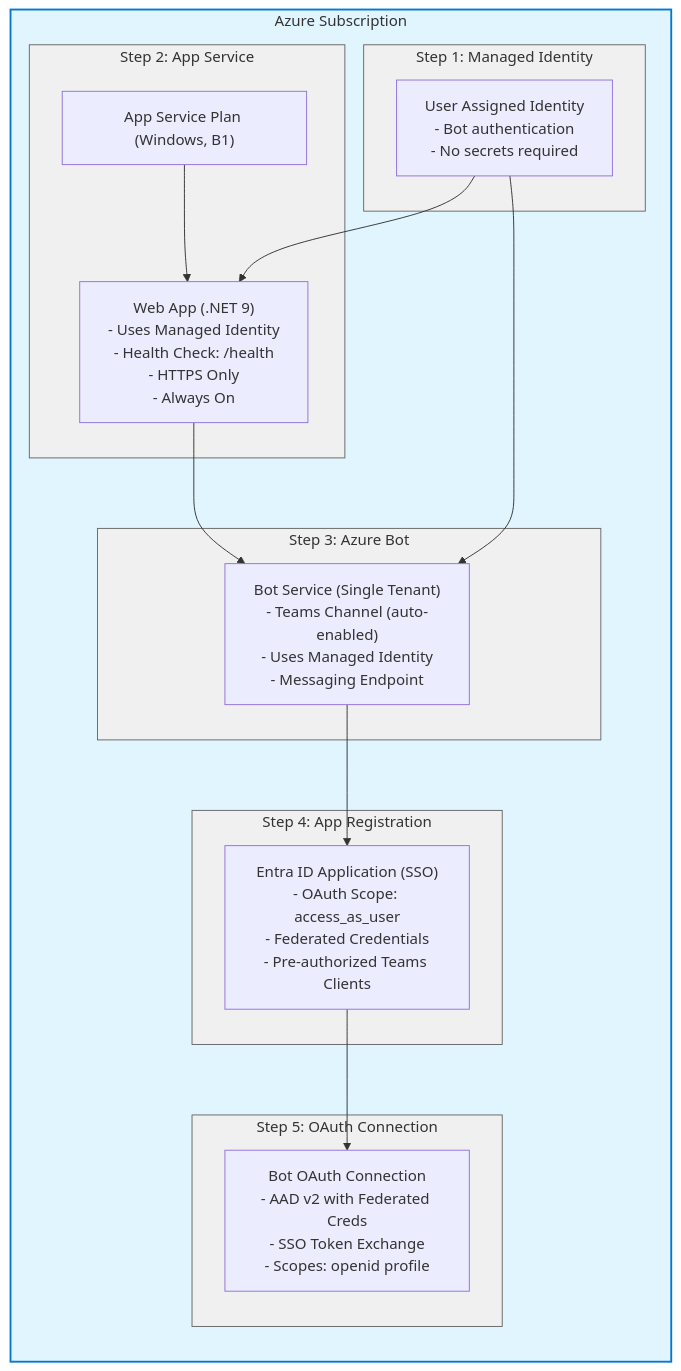
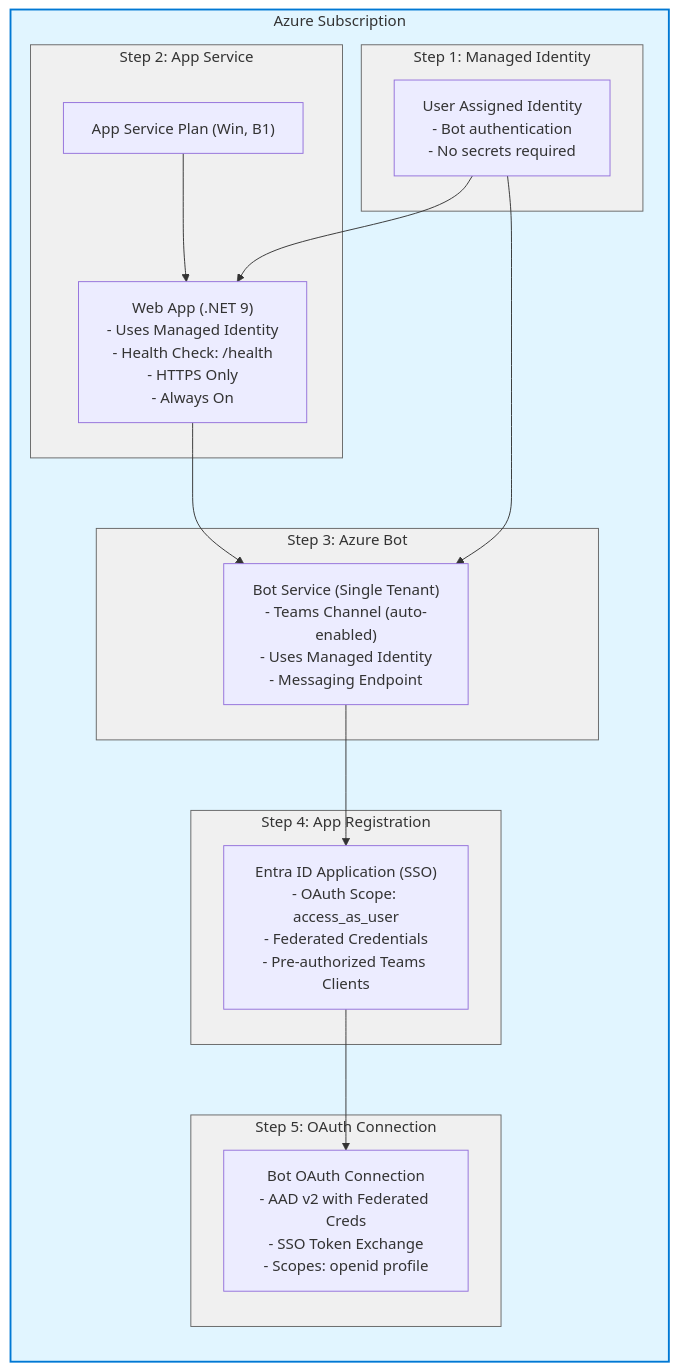
The diagram in M365Agent/AZURE_DEPLOYMENT.md (ericsche/ProxyAgent-CSharp), drawn with Mermaid before and after one commit.

````diff
--- a/M365Agent/AZURE_DEPLOYMENT.md
+++ b/M365Agent/AZURE_DEPLOYMENT.md
@@ -59,41 +59,41 @@
 ```mermaid
 graph TB
     subgraph Azure["Azure Subscription"]
         direction TB
         
         subgraph Step1["Step 1: Managed Identity"]
             Identity["User Assigned Identity<br/>- Bot authentication<br/>- No secrets required"]
         end
         
         subgraph Step2["Step 2: App Service"]
-            AppServicePlan["App Service Plan (Windows, B1)"]
+            AppServicePlan["App Service Plan (Win, B1)"]
             WebApp["Web App (.NET 9)<br/>- Uses Managed Identity<br/>- Health Check: /health<br/>- HTTPS Only<br/>- Always On"]
             AppServicePlan --> WebApp
         end
         
         subgraph Step3["Step 3: Azure Bot"]
             BotService["Bot Service (Single Tenant)<br/>- Teams Channel (auto-enabled)<br/>- Uses Managed Identity<br/>- Messaging Endpoint"]
         end
         
         subgraph Step4["Step 4: App Registration"]
             SSOApp["Entra ID Application (SSO)<br/>- OAuth Scope: access_as_user<br/>- Federated Credentials<br/>- Pre-authorized Teams Clients"]
         end
         
         subgraph Step5["Step 5: OAuth Connection"]
             OAuth["Bot OAuth Connection<br/>- AAD v2 with Federated Creds<br/>- SSO Token Exchange<br/>- Scopes: openid profile"]
         end
         
         Identity --> WebApp
         Identity --> BotService
         WebApp --> BotService
         BotService --> SSOApp
         SSOApp --> OAuth
     end
     
     style Azure fill:#e1f5ff,stroke:#0078d4,stroke-width:2px
     style Step1 fill:#f0f0f0,stroke:#666,stroke-width:1px
     style Step2 fill:#f0f0f0,stroke:#666,stroke-width:1px
     style Step3 fill:#f0f0f0,stroke:#666,stroke-width:1px
     style Step4 fill:#f0f0f0,stroke:#666,stroke-width:1px
     style Step5 fill:#f0f0f0,stroke:#666,stroke-width:1px
 ```
````
